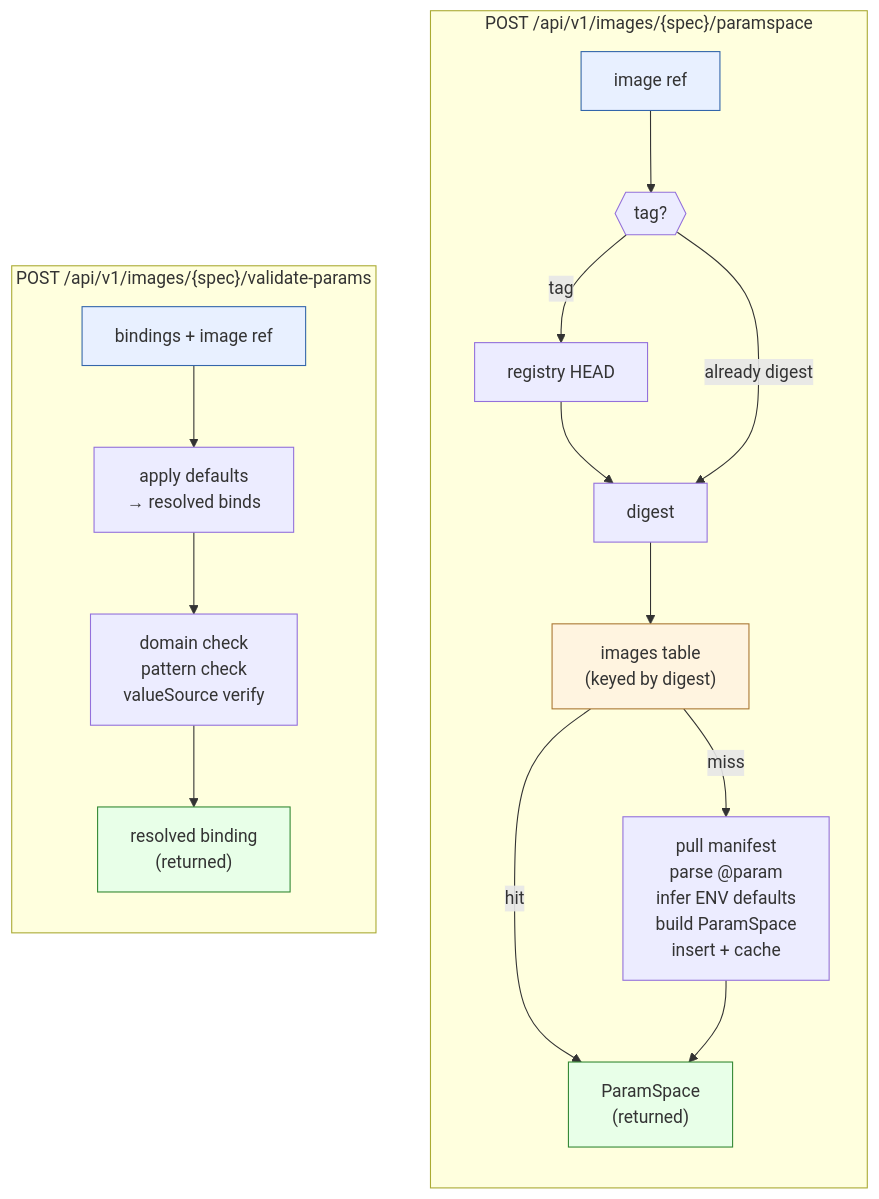
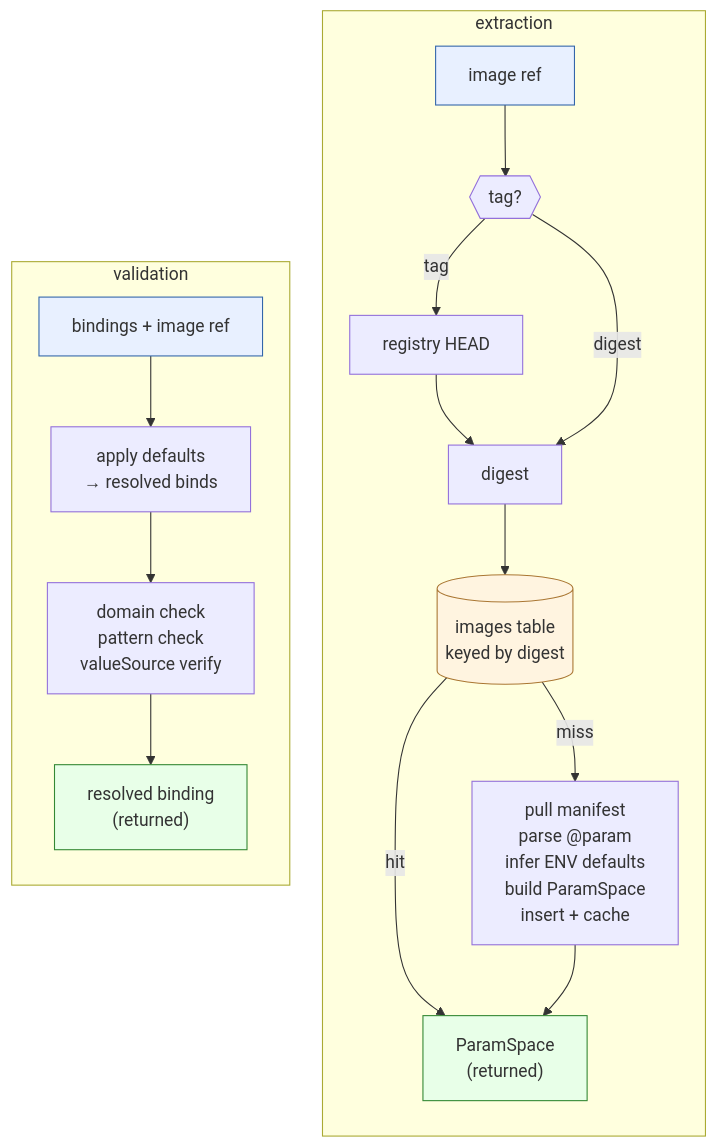
Before and after one commit to nosqlbench/hyperplane-rs: the diagram in docs/design/diagrams/SRD-0103/extraction-pipeline.mmd, drawn with Mermaid. The commit also changed 32 other files, not shown here.

```diff
--- a/docs/design/diagrams/SRD-0103/extraction-pipeline.mmd
+++ b/docs/design/diagrams/SRD-0103/extraction-pipeline.mmd
@@ -1,27 +1,36 @@
 %% Copyright (c) Jonathan Shook
 %% SPDX-License-Identifier: Apache-2.0
+%%{init: {'flowchart': {'nodeSpacing': 30, 'rankSpacing': 40}}}%%
 flowchart TB
-    subgraph Extract ["POST /api/v1/images/{spec}/paramspace"]
+    subgraph Ex ["extraction"]
         direction TB
-        I1["image ref"] --> Q1{{"tag?"}}
-        Q1 -- "tag" --> H1["registry HEAD"] --> D1["digest"]
-        Q1 -- "already digest" --> D1
-        D1 --> CC1["images table<br/>(keyed by digest)"]
-        CC1 -- "hit" --> PS1["ParamSpace<br/>(returned)"]
-        CC1 -- "miss" --> PULL["pull manifest<br/>parse @param<br/>infer ENV defaults<br/>build ParamSpace<br/>insert + cache"]
-        PULL --> PS1
+        I1["image ref"]
+        Q1{{"tag?"}}
+        H1["registry HEAD"]
+        D1["digest"]
+        CC1[("images table<br/>keyed by digest")]
+        PULL["pull manifest<br/>parse @param<br/>infer ENV defaults<br/>build ParamSpace<br/>insert + cache"]
+        PS1["ParamSpace<br/>(returned)"]
+        I1 --> Q1
+        Q1 -- tag --> H1 --> D1
+        Q1 -- digest --> D1
+        D1 --> CC1
+        CC1 -- hit --> PS1
+        CC1 -- miss --> PULL --> PS1
     end
 
-    subgraph Validate ["POST /api/v1/images/{spec}/validate-params"]
+    subgraph Val ["validation"]
         direction TB
-        I2["bindings + image ref"] --> RES["apply defaults<br/>→ resolved binds"]
-        RES --> DC["domain check<br/>pattern check<br/>valueSource verify"]
-        DC --> RB["resolved binding<br/>(returned)"]
+        I2["bindings + image ref"]
+        RES["apply defaults<br/>→ resolved binds"]
+        DC["domain check<br/>pattern check<br/>valueSource verify"]
+        RB["resolved binding<br/>(returned)"]
+        I2 --> RES --> DC --> RB
     end
 
     classDef endpoint fill:#e8f0ff,stroke:#3366aa
     classDef store fill:#fff4e0,stroke:#aa7733
     classDef result fill:#e8ffe8,stroke:#338833
     class I1,I2 endpoint
     class CC1 store
     class PS1,RB result
```
